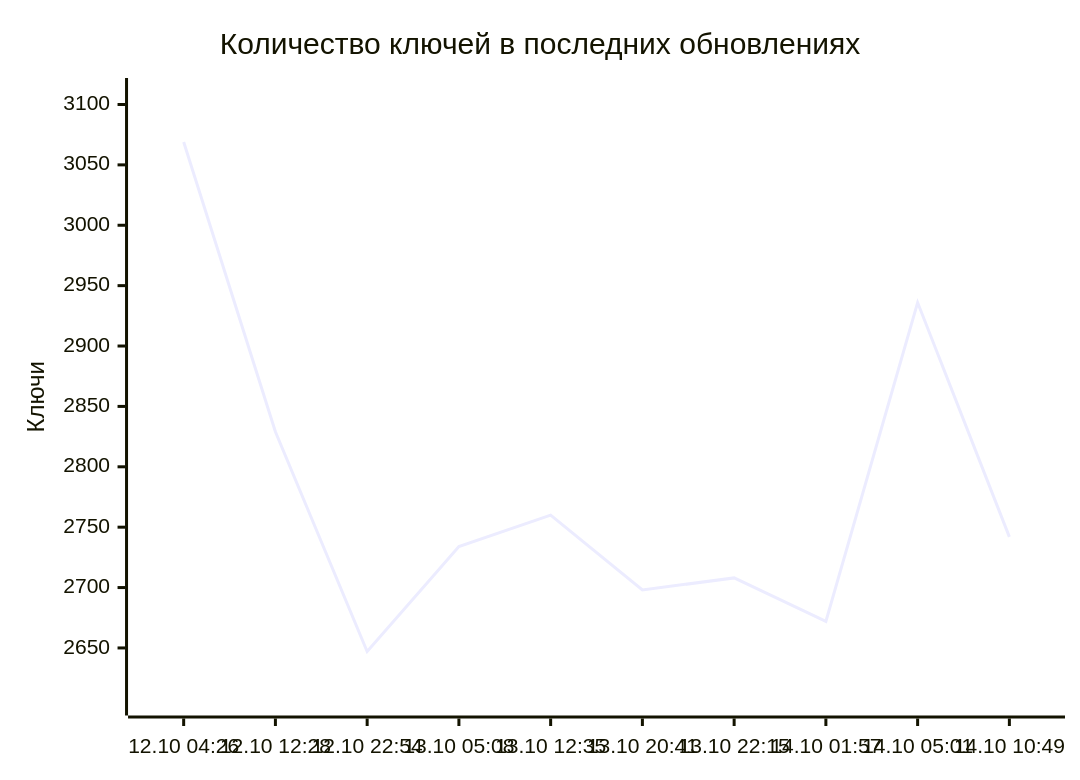
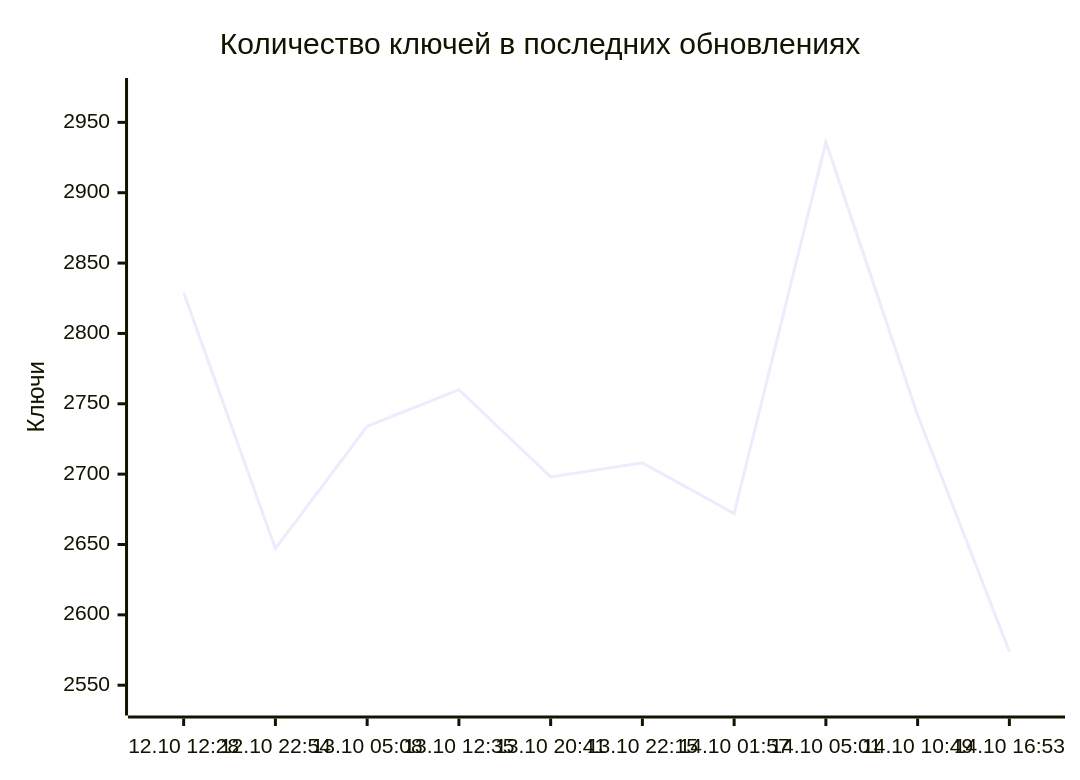
The diagram in README.md (markKikhtenko/WireVeil), drawn with Mermaid before and after one commit. The commit also changed other lines of this file and 12 other files, not shown here.

````diff
--- a/README.md
+++ b/README.md
@@ -55,7 +55,7 @@
 ```mermaid
 xychart-beta
     title "Количество ключей в последних обновлениях"
-    x-axis ["12.10 04:26", "12.10 12:28", "12.10 22:54", "13.10 05:08", "13.10 12:35", "13.10 20:41", "13.10 22:15", "14.10 01:57", "14.10 05:01", "14.10 10:49"]
-    y-axis "Ключи" 2604 --> 3112
-    line [3069, 2829, 2647, 2734, 2760, 2698, 2708, 2672, 2936, 2742]
+    x-axis ["12.10 12:28", "12.10 22:54", "13.10 05:08", "13.10 12:35", "13.10 20:41", "13.10 22:15", "14.10 01:57", "14.10 05:01", "14.10 10:49", "14.10 16:53"]
+    y-axis "Ключи" 2537 --> 2973
+    line [2829, 2647, 2734, 2760, 2698, 2708, 2672, 2936, 2742, 2574]
 ```
````
